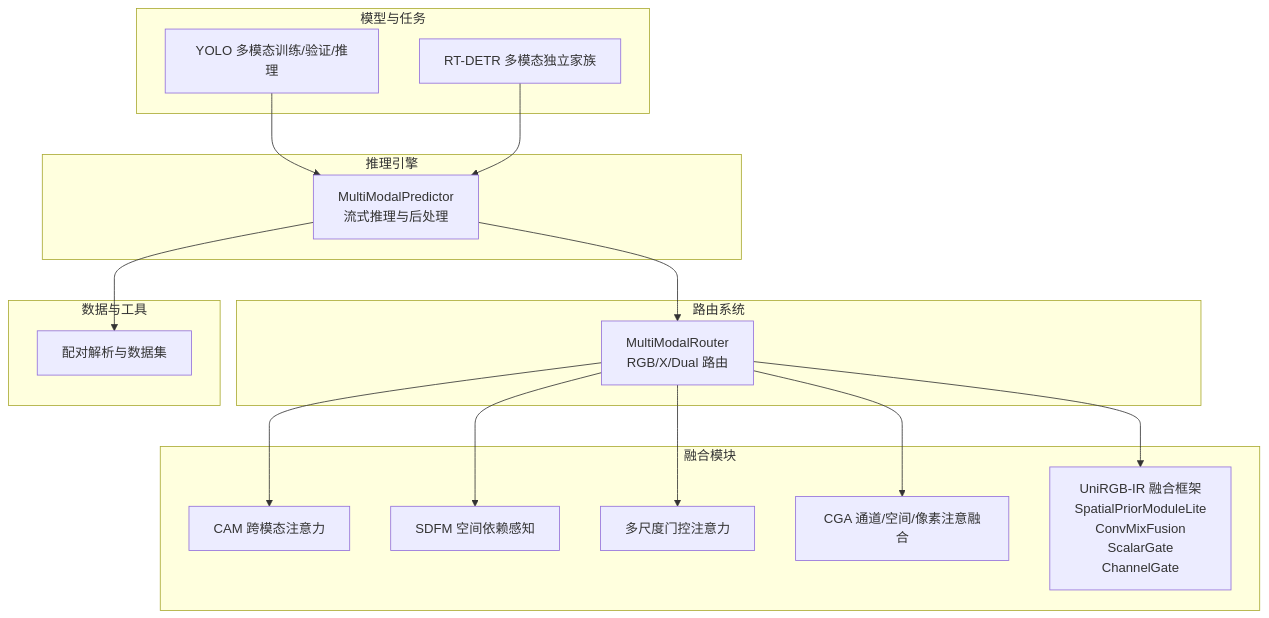
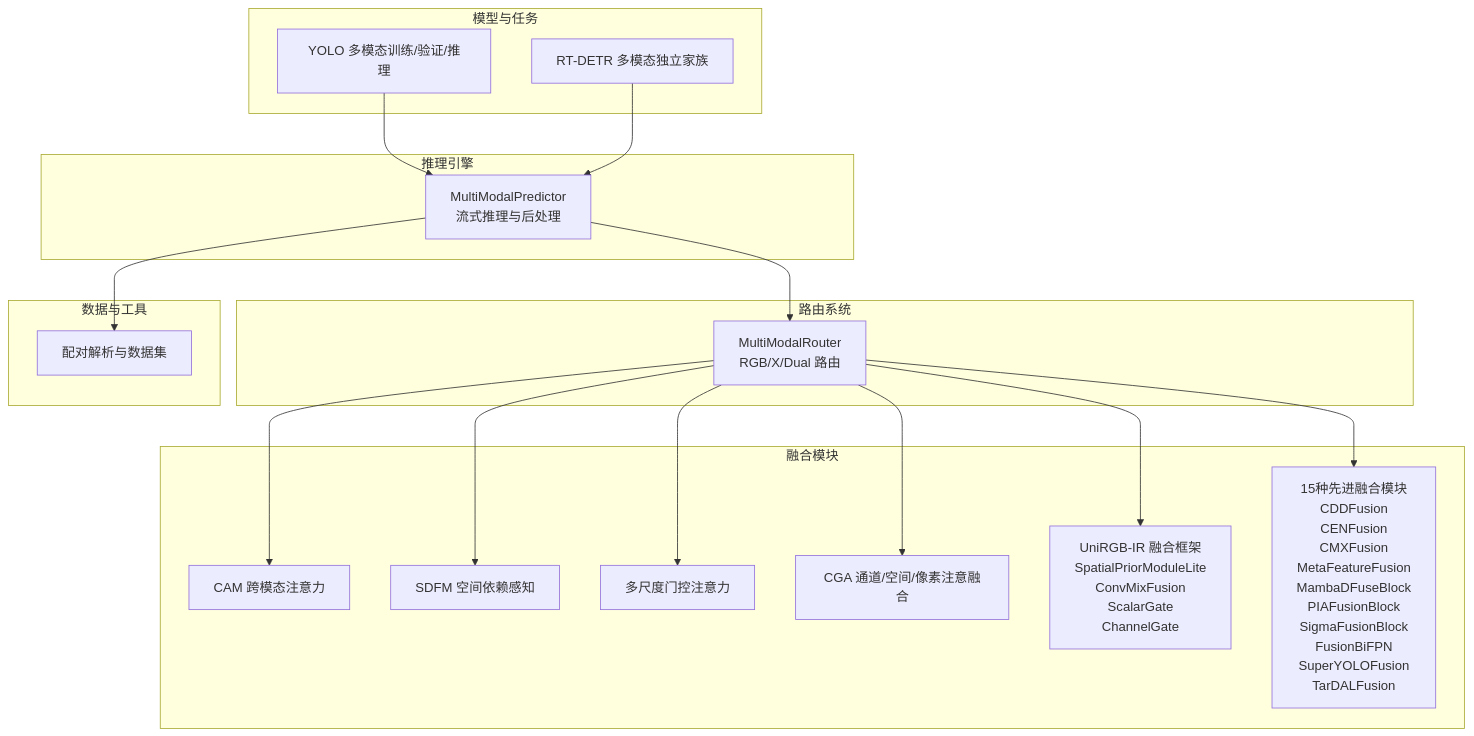
One commit to 2208754827/MM-IMPROVE changed the first of 3 diagrams in .qoder/repowiki/zh/content/特征融合策略/特征融合策略.md. Above: the diagram before and after it, drawn with Mermaid. The commit also changed other lines of this file and 151 other files, not shown here.

````diff
--- a/.qoder/repowiki/zh/content/特征融合策略/特征融合策略.md
+++ b/.qoder/repowiki/zh/content/特征融合策略/特征融合策略.md
@@ -48,32 +69,34 @@
 ```mermaid
 graph TB
 subgraph "模型与任务"
 YOLOMM["YOLO 多模态训练/验证/推理"]
 RTDETRMM["RT-DETR 多模态独立家族"]
 end
 subgraph "推理引擎"
 Pred["MultiModalPredictor<br/>流式推理与后处理"]
 end
 subgraph "路由系统"
 Router["MultiModalRouter<br/>RGB/X/Dual 路由"]
 end
 subgraph "融合模块"
 CAM["CAM 跨模态注意力"]
 SDFM["SDFM 空间依赖感知"]
 MSGA["多尺度门控注意力"]
 CGA["CGA 通道/空间/像素注意融合"]
 UNI["UniRGB-IR 融合框架<br/>SpatialPriorModuleLite<br/>ConvMixFusion<br/>ScalarGate<br/>ChannelGate"]
+ADV["15种先进融合模块<br/>CDDFusion<br/>CENFusion<br/>CMXFusion<br/>MetaFeatureFusion<br/>MambaDFuseBlock<br/>PIAFusionBlock<br/>SigmaFusionBlock<br/>FusionBiFPN<br/>SuperYOLOFusion<br/>TarDALFusion"]
 end
 subgraph "数据与工具"
 Pairing["配对解析与数据集"]
 end
 YOLOMM --> Pred
 RTDETRMM --> Pred
 Pred --> Router
 Router --> CAM
 Router --> SDFM
 Router --> MSGA
 Router --> CGA
 Router --> UNI
+Router --> ADV
 Pred --> Pairing
 ```
````
